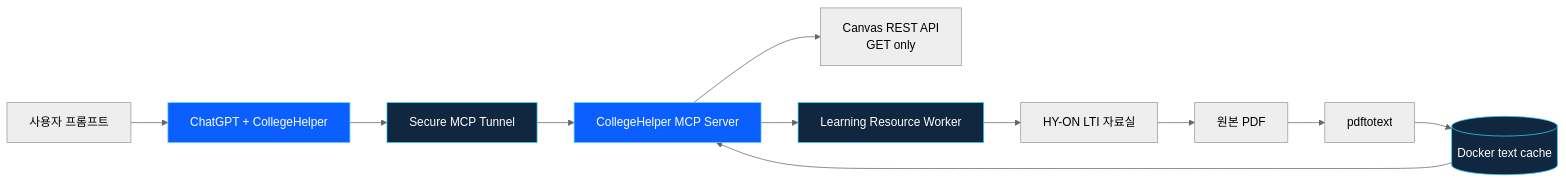
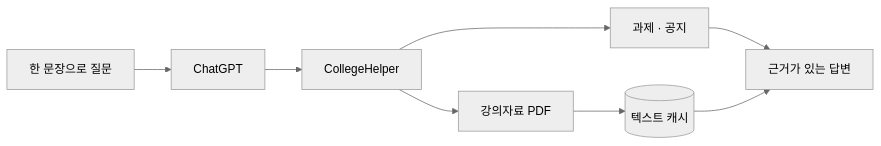
The diagram in README.md (Joinjun001/CollegeHelper), drawn with Mermaid (neutral theme) before and after one commit. The commit also changed other lines of this file and 5 other files, not shown here.

Commit message:
Refresh CollegeHelper portfolio story and artwork

````diff
--- a/README.md
+++ b/README.md
@@ -63,19 +66,10 @@
 ```mermaid
 flowchart LR
-    User[사용자 프롬프트] --> ChatGPT[ChatGPT + CollegeHelper]
-    ChatGPT --> Tunnel[Secure MCP Tunnel]
-    Tunnel --> MCP[CollegeHelper MCP Server]
-
-    MCP --> Canvas[Canvas REST API<br/>GET only]
-    MCP --> Worker[Learning Resource Worker]
-    Worker --> LTI[HY-ON LTI 자료실]
-    LTI --> PDF[원본 PDF]
-    PDF --> Extract[pdftotext]
-    Extract --> Cache[(Docker text cache)]
-    Cache --> MCP
-
-    classDef core fill:#0b5fff,color:#fff,stroke:#58d7ff;
-    classDef secure fill:#11263f,color:#fff,stroke:#33d1ff;
-    class ChatGPT,MCP core;
-    class Tunnel,Worker,Cache secure;
+    Ask[한 문장으로 질문] --> ChatGPT[ChatGPT]
+    ChatGPT --> MCP[CollegeHelper]
+    MCP --> Canvas[과제 · 공지]
+    MCP --> Worker[강의자료 PDF]
+    Worker --> Cache[(텍스트 캐시)]
+    Canvas --> Answer[근거가 있는 답변]
+    Cache --> Answer
 ```
````
